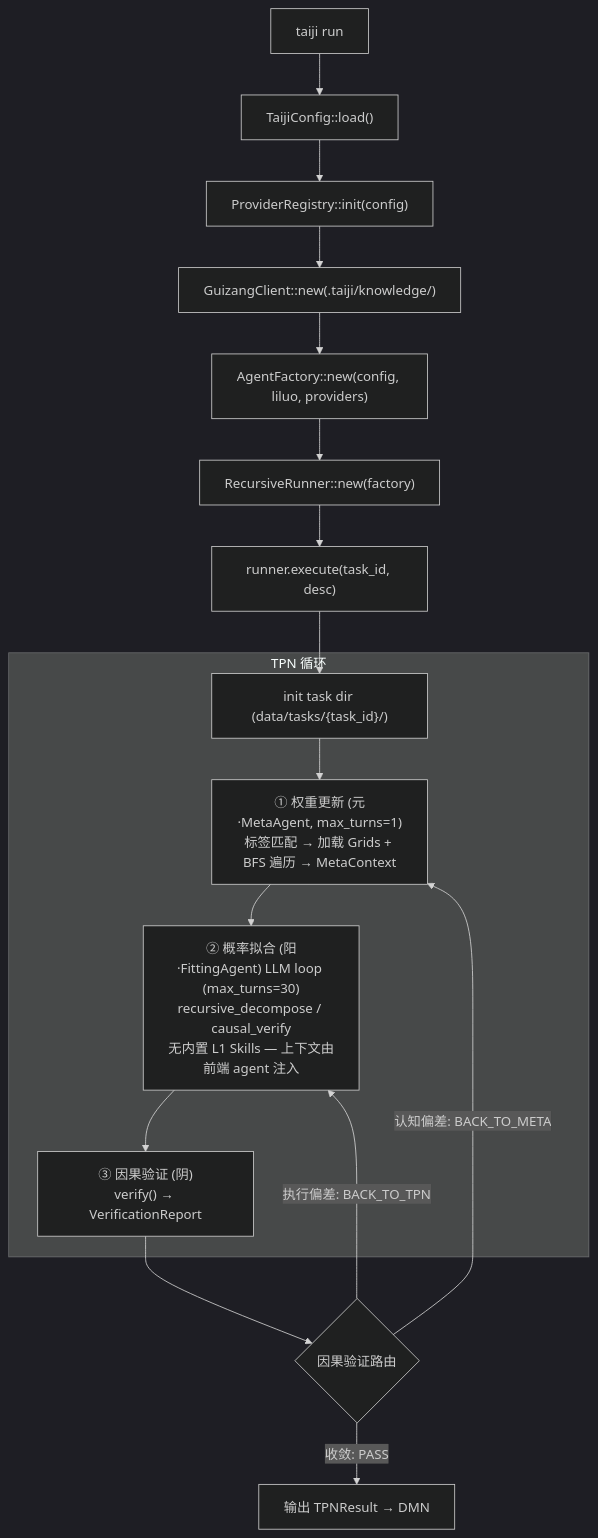
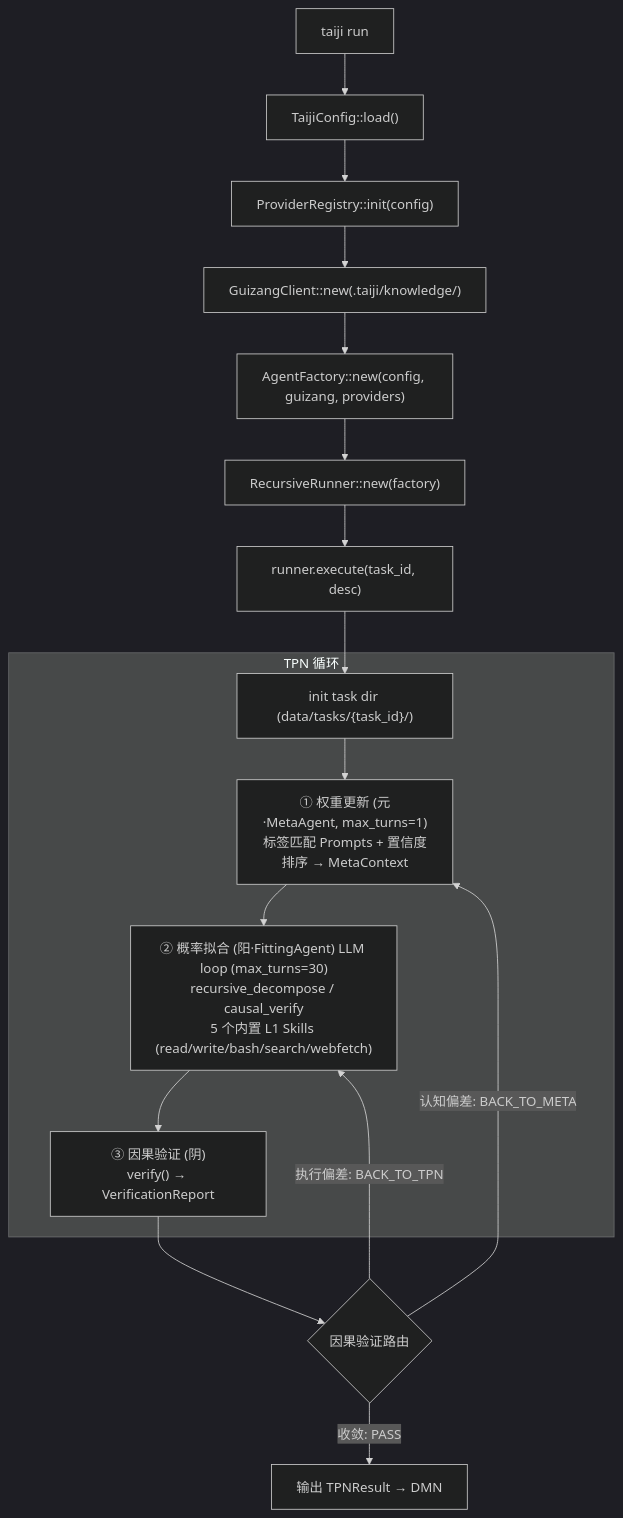
Before and after one commit to wenge6090-tech/taiji: the first of 6 diagrams in BCP-蓝图-完型协议.md, drawn with Mermaid (dark theme). The commit also changed other lines of this file and 79 other files, not shown here.

````diff
--- a/BCP-蓝图-完型协议.md
+++ b/BCP-蓝图-完型协议.md
@@ -74,21 +161,21 @@
 ```mermaid
 flowchart TD
     USER["taiji run <description>"] --> CONFIG["TaijiConfig::load()"]
     CONFIG --> PVR["ProviderRegistry::init(config)"]
     PVR --> GUIZANG["GuizangClient::new(.taiji/knowledge/)"]
-    GUIZANG --> FACTORY["AgentFactory::new(config, liluo, providers)"]
+    GUIZANG --> FACTORY["AgentFactory::new(config, guizang, providers)"]
     FACTORY --> RUNNER["RecursiveRunner::new(factory)"]
     RUNNER --> EXECUTE["runner.execute(task_id, desc)"]
     EXECUTE --> INIT["init task dir (data/tasks/{task_id}/)"]
 
     subgraph "TPN 循环"
-        INIT --> META["① 权重更新 (元·MetaAgent, max_turns=1)\n标签匹配 → 加载 Grids + BFS 遍历 → MetaContext"]
-        META -->         FIT["② 概率拟合 (阳·FittingAgent) LLM loop (max_turns=30)\nrecursive_decompose / causal_verify\n无内置 L1 Skills — 上下文由前端 agent 注入"]
+        INIT --> META["① 权重更新 (元·MetaAgent, max_turns=1)\n标签匹配 Prompts + 置信度排序 → MetaContext"]
+        META -->         FIT["② 概率拟合 (阳·FittingAgent) LLM loop (max_turns=30)\nrecursive_decompose / causal_verify\n5 个内置 L1 Skills (read/write/bash/search/webfetch)"]
         FIT --> VERIFY["③ 因果验证 (阴)\nverify() → VerificationReport"]
     end
 
     VERIFY --> ROUTE{"因果验证路由"}
     ROUTE -->|"执行偏差: BACK_TO_TPN"| FIT
     ROUTE -->|"认知偏差: BACK_TO_META"| META
     ROUTE -->|"收敛: PASS"| DONE["输出 TPNResult → DMN"]
 ```
````
